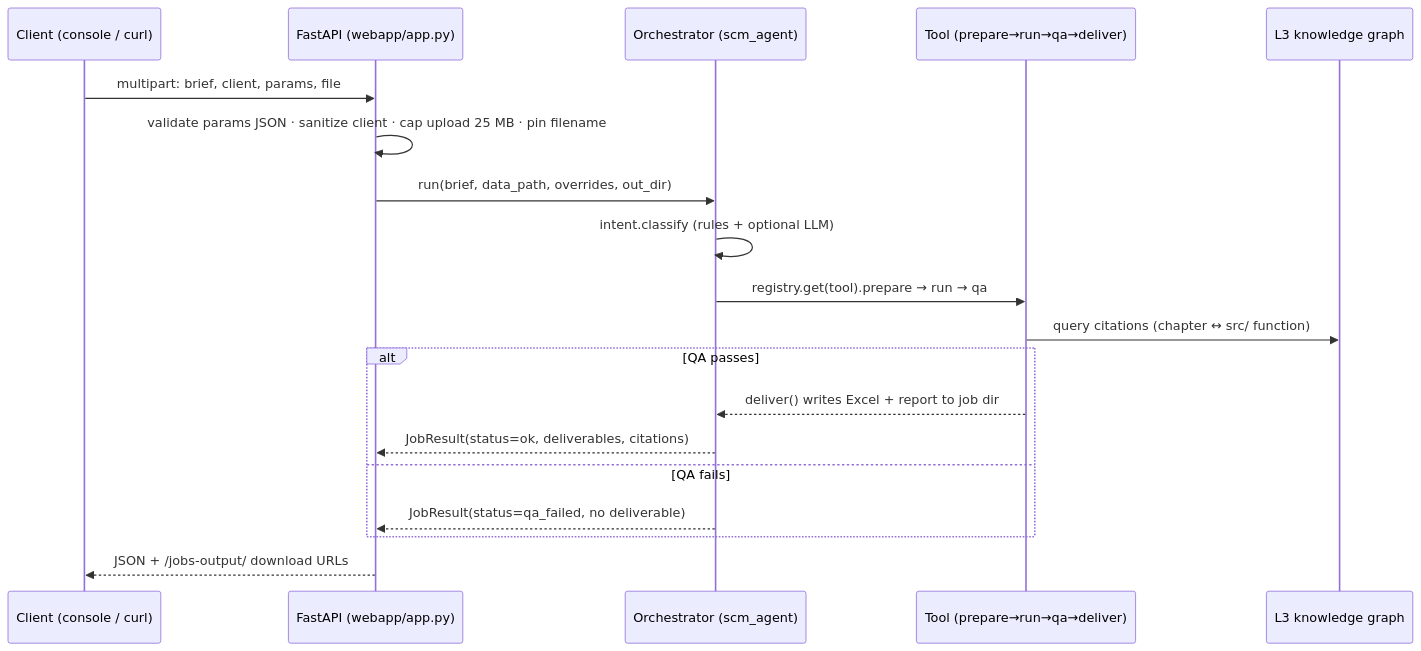
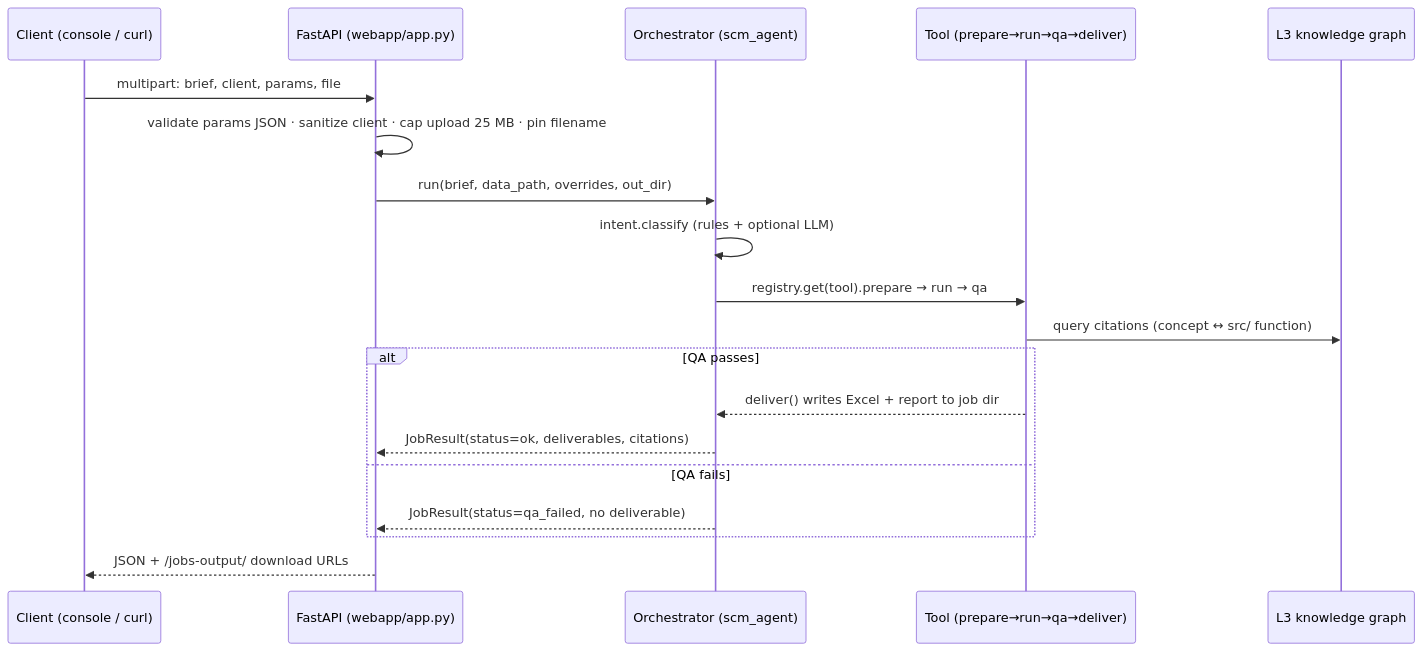
The second of 2 diagrams in README.md (esstipi-debug/kern), drawn with Mermaid before and after one commit. The commit also changed other lines of this file and 3 other files, not shown here.

````diff
--- a/README.md
+++ b/README.md
@@ -119,22 +138,22 @@
 ```mermaid
 sequenceDiagram
     participant C as Client (console / curl)
     participant API as FastAPI (webapp/app.py)
     participant O as Orchestrator (scm_agent)
     participant T as Tool (prepare→run→qa→deliver)
     participant KB as L3 knowledge graph
 
     C->>API: multipart: brief, client, params, file
     API->>API: validate params JSON · sanitize client · cap upload 25 MB · pin filename
     API->>O: run(brief, data_path, overrides, out_dir)
     O->>O: intent.classify (rules + optional LLM)
     O->>T: registry.get(tool).prepare → run → qa
-    T->>KB: query citations (chapter ↔ src/ function)
+    T->>KB: query citations (concept ↔ src/ function)
     alt QA passes
         T-->>O: deliver() writes Excel + report to job dir
         O-->>API: JobResult(status=ok, deliverables, citations)
     else QA fails
         O-->>API: JobResult(status=qa_failed, no deliverable)
     end
     API-->>C: JSON + /jobs-output/ download URLs
 ```
````
